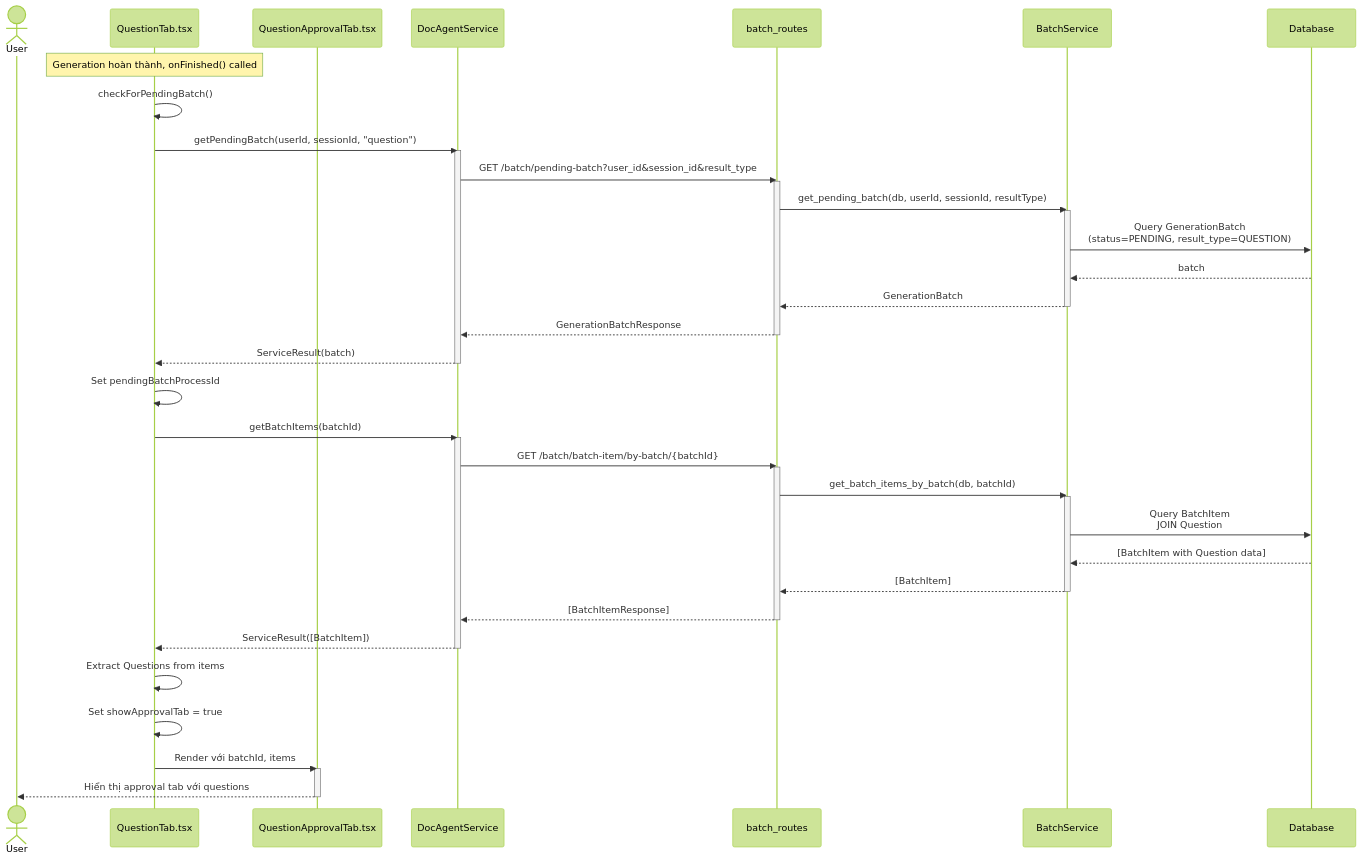
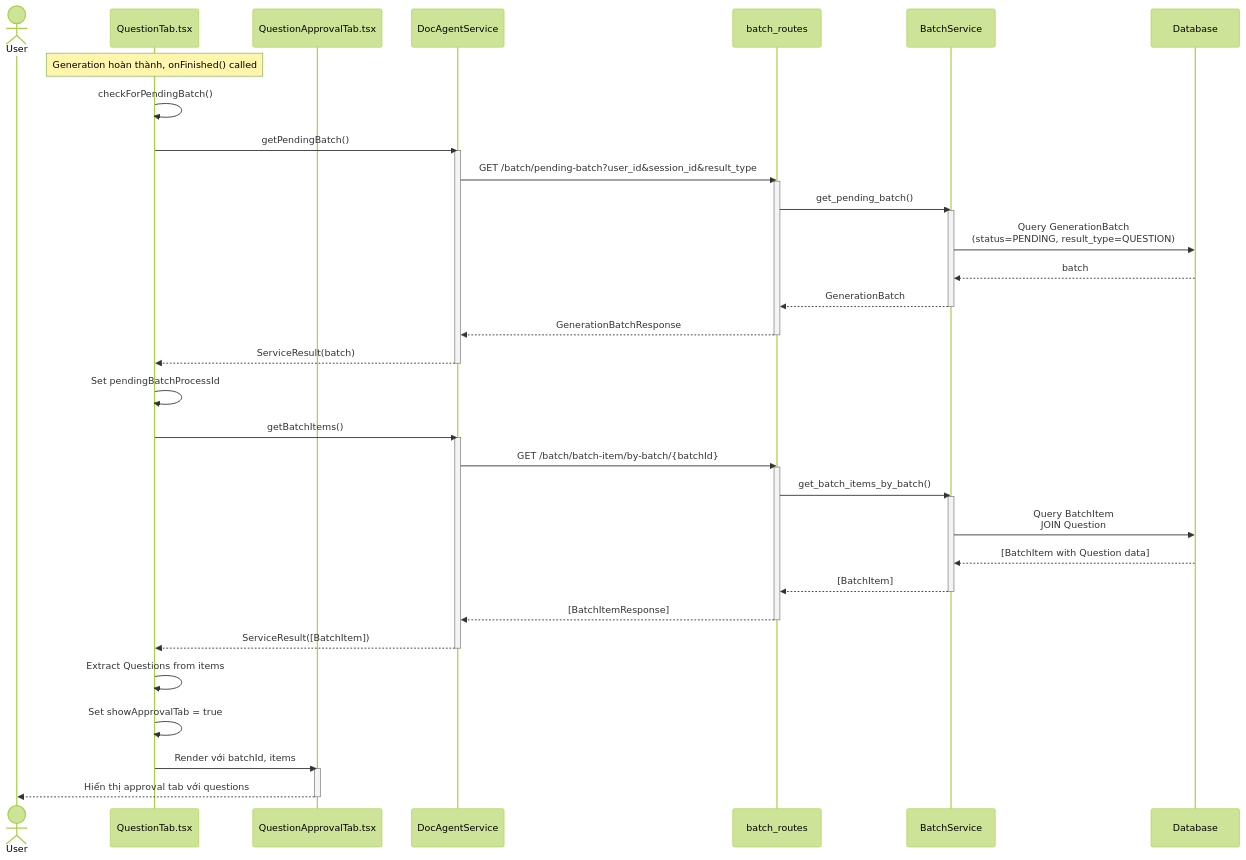
Before and after one commit to mduc-2610/gp_doc: the ninth of 12 diagrams in generation/4_generation_batch_seq.md, drawn with Mermaid (forest theme). The commit also changed other lines of this file and 10 other files, not shown here.

````diff
--- a/generation/4_generation_batch_seq.md
+++ b/generation/4_generation_batch_seq.md
@@ -244,57 +771,57 @@
 ```mermaid
 sequenceDiagram
     actor User
     participant QuestionTab as QuestionTab.tsx
     participant QuestionApprovalTab as QuestionApprovalTab.tsx
     participant DocAgentService as DocAgentService
     participant BatchRoutes as batch_routes
     participant BatchService as BatchService
     participant DB as Database
 
     Note over QuestionTab: Generation hoàn thành, onFinished() called
     
     QuestionTab->>QuestionTab: checkForPendingBatch()
-    QuestionTab->>DocAgentService: getPendingBatch(userId, sessionId, "question")
+    QuestionTab->>DocAgentService: getPendingBatch()
     activate DocAgentService
     DocAgentService->>BatchRoutes: GET /batch/pending-batch?user_id&session_id&result_type
     activate BatchRoutes
     
-    BatchRoutes->>BatchService: get_pending_batch(db, userId, sessionId, resultType)
+    BatchRoutes->>BatchService: get_pending_batch()
     activate BatchService
     BatchService->>DB: Query GenerationBatch<br/>(status=PENDING, result_type=QUESTION)
     DB-->>BatchService: batch
     BatchService-->>BatchRoutes: GenerationBatch
     deactivate BatchService
     
     BatchRoutes-->>DocAgentService: GenerationBatchResponse
     deactivate BatchRoutes
     DocAgentService-->>QuestionTab: ServiceResult(batch)
     deactivate DocAgentService
     
     QuestionTab->>QuestionTab: Set pendingBatchProcessId
     
-    QuestionTab->>DocAgentService: getBatchItems(batchId)
+    QuestionTab->>DocAgentService: getBatchItems()
     activate DocAgentService
     DocAgentService->>BatchRoutes: GET /batch/batch-item/by-batch/{batchId}
     activate BatchRoutes
     
-    BatchRoutes->>BatchService: get_batch_items_by_batch(db, batchId)
+    BatchRoutes->>BatchService: get_batch_items_by_batch()
     activate BatchService
     BatchService->>DB: Query BatchItem<br/>JOIN Question
     DB-->>BatchService: [BatchItem with Question data]
     BatchService-->>BatchRoutes: [BatchItem]
     deactivate BatchService
     
     BatchRoutes-->>DocAgentService: [BatchItemResponse]
     deactivate BatchRoutes
     DocAgentService-->>QuestionTab: ServiceResult([BatchItem])
     deactivate DocAgentService
     
     QuestionTab->>QuestionTab: Extract Questions from items
     QuestionTab->>QuestionTab: Set showApprovalTab = true
     
     QuestionTab->>QuestionApprovalTab: Render với batchId, items
     activate QuestionApprovalTab
     QuestionApprovalTab-->>User: Hiển thị approval tab với questions
     deactivate QuestionApprovalTab
 ```
````
